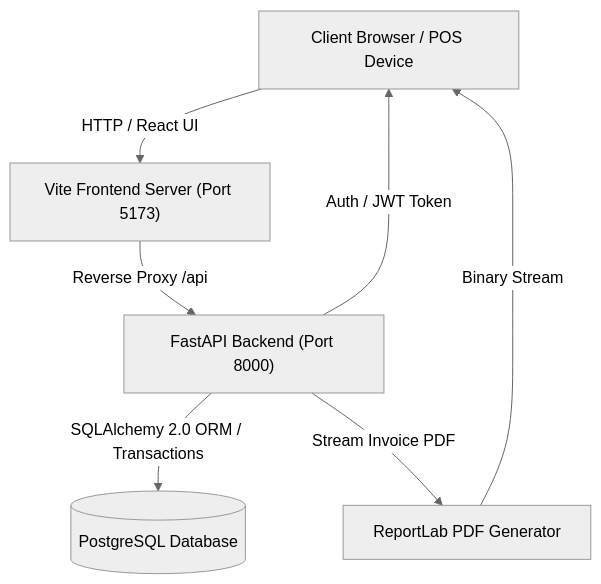
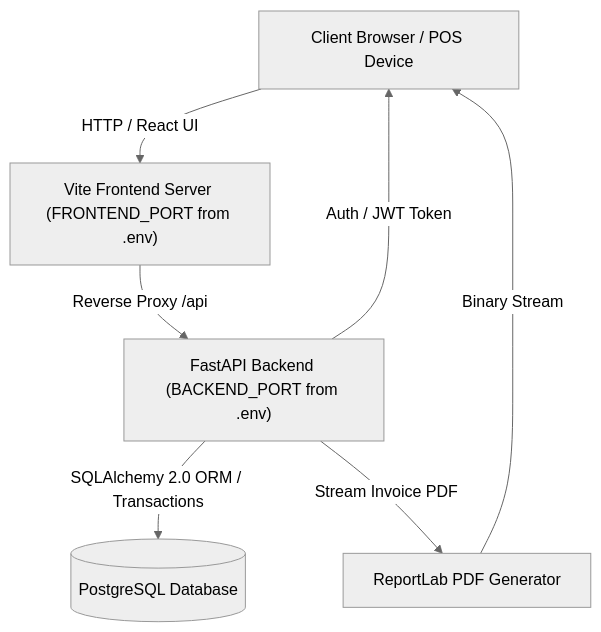
One commit to Madhanvj/Thangamani_Agencies changed the first of 2 diagrams in PROJECT.md. Above: the diagram before and after it, drawn with Mermaid (neutral theme). The commit also changed other lines of this file and 20 other files, not shown here.

````diff
--- a/PROJECT.md
+++ b/PROJECT.md
@@ -46,15 +46,15 @@
 ```mermaid
 flowchart TD
     Client["Client Browser / POS Device"]
-    ViteServer["Vite Frontend Server (Port 5173)"]
-    FastAPIApp["FastAPI Backend (Port 8000)"]
+    ViteServer["Vite Frontend Server (FRONTEND_PORT from .env)"]
+    FastAPIApp["FastAPI Backend (BACKEND_PORT from .env)"]
     PostgresDB[("PostgreSQL Database")]
     PDFEngine["ReportLab PDF Generator"]
 
     Client -->|HTTP / React UI| ViteServer
     ViteServer -->|Reverse Proxy /api| FastAPIApp
     FastAPIApp -->|Auth / JWT Token| Client
     FastAPIApp -->|SQLAlchemy 2.0 ORM / Transactions| PostgresDB
     FastAPIApp -->|Stream Invoice PDF| PDFEngine
     PDFEngine -->|Binary Stream| Client
 ```
````
